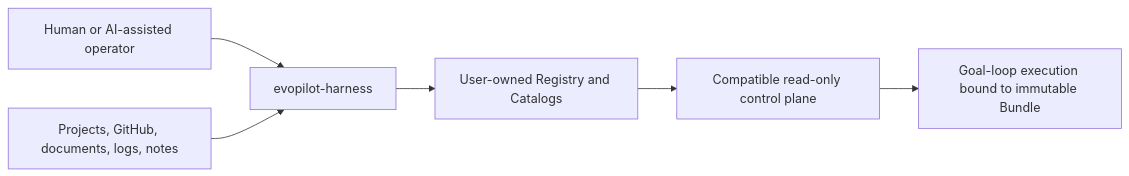
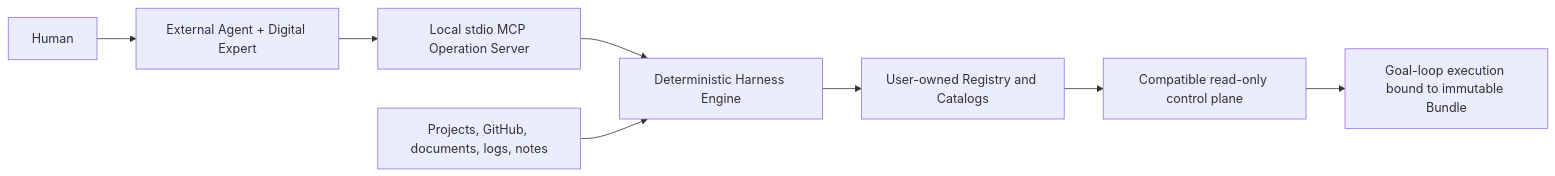
One commit to yeliang-wang/evopilot-harness changed the first of 2 diagrams in docs/architecture/overview.md. Above: the diagram before and after it, drawn with Mermaid. The commit also changed other lines of this file and 109 other files, not shown here.

Commit message:
Release evopilot-harness v4.0.0

````diff
--- a/docs/architecture/overview.md
+++ b/docs/architecture/overview.md
@@ -7,8 +7,10 @@
 ```mermaid
 flowchart LR
-  Operator["Human or AI-assisted operator"] --> Harness["evopilot-harness"]
+  Human["Human"] --> Agent["External Agent + Digital Expert"]
+  Agent --> MCP["Local stdio MCP Operation Server"]
+  MCP --> Harness["Deterministic Harness Engine"]
   Sources["Projects, GitHub, documents, logs, notes"] --> Harness
   Harness --> Catalog["User-owned Registry and Catalogs"]
   Catalog --> Consumer["Compatible read-only control plane"]
   Consumer --> Runtime["Goal-loop execution bound to immutable Bundle"]
 ```
````
